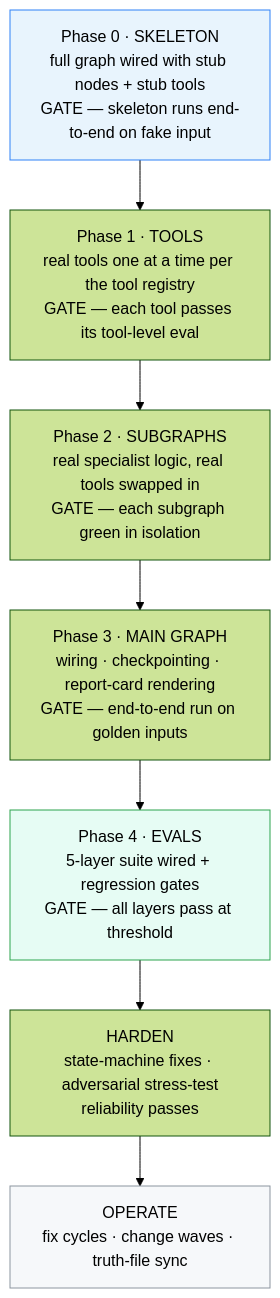
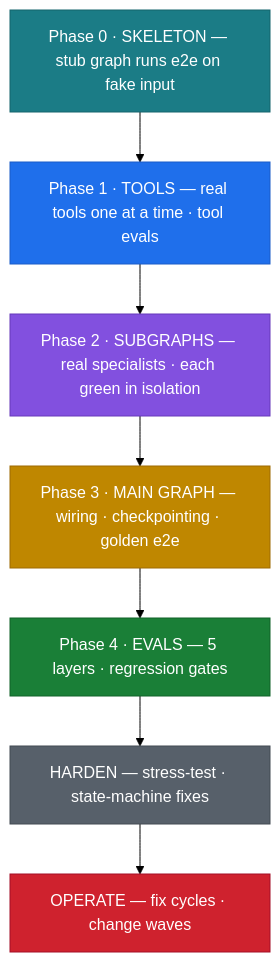
One commit to shanmukhanssm/placement-prep-agent changed the sixth of 6 diagrams in README.md. Above: the diagram before and after it, drawn with Mermaid (forest theme). The commit also changed other lines of this file, not shown here.

First line of the commit message:
docs(readme): vivid high-contrast diagrams + tighten to ~70% length

````diff
--- a/README.md
+++ b/README.md
@@ -306,15 +215,20 @@
 ```mermaid
 flowchart TD
-    P0["Phase 0 · SKELETON<br/>full graph wired with stub nodes + stub tools<br/>GATE — skeleton runs end-to-end on fake input"]
-    P1["Phase 1 · TOOLS<br/>real tools one at a time per the tool registry<br/>GATE — each tool passes its tool-level eval"]
-    P2["Phase 2 · SUBGRAPHS<br/>real specialist logic, real tools swapped in<br/>GATE — each subgraph green in isolation"]
-    P3["Phase 3 · MAIN GRAPH<br/>wiring · checkpointing · report-card rendering<br/>GATE — end-to-end run on golden inputs"]
-    P4["Phase 4 · EVALS<br/>5-layer suite wired + regression gates<br/>GATE — all layers pass at threshold"]
-    H["HARDEN<br/>state-machine fixes · adversarial stress-test<br/>reliability passes"]
-    O["OPERATE<br/>fix cycles · change waves · truth-file sync"]
+    P0["Phase 0 · SKELETON — stub graph runs e2e on fake input"]
+    P1["Phase 1 · TOOLS — real tools one at a time · tool evals"]
+    P2["Phase 2 · SUBGRAPHS — real specialists · each green in isolation"]
+    P3["Phase 3 · MAIN GRAPH — wiring · checkpointing · golden e2e"]
+    P4["Phase 4 · EVALS — 5 layers · regression gates"]
+    H["HARDEN — stress-test · state-machine fixes"]
+    O["OPERATE — fix cycles · change waves"]
     P0 --> P1 --> P2 --> P3 --> P4 --> H --> O
-
-    style P0 fill:#e8f4fd,stroke:#2f81f7
-    style P4 fill:#e6fcf4,stroke:#2da44e
-    style O fill:#f6f8fa,stroke:#8c959f
+    classDef teal fill:#1b7c86,stroke:#14646d,color:#fff
+    classDef blue fill:#1f6feb,stroke:#1a5cc8,color:#fff
+    classDef purple fill:#8250df,stroke:#6639ba,color:#fff
+    classDef amber fill:#bf8700,stroke:#9e6a03,color:#fff
+    classDef green fill:#1a7f37,stroke:#116329,color:#fff
+    classDef slate fill:#57606a,stroke:#424a53,color:#fff
+    classDef red fill:#cf222e,stroke:#a40e26,color:#fff
+    class P0 teal; class P1 blue; class P2 purple; class P3 amber
+    class P4 green; class H slate; class O red
 ```
````
